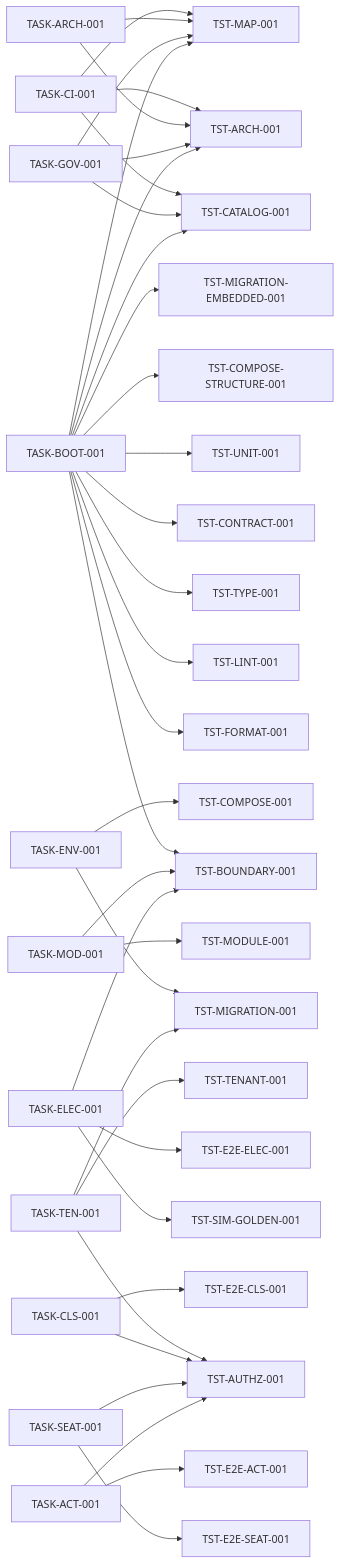
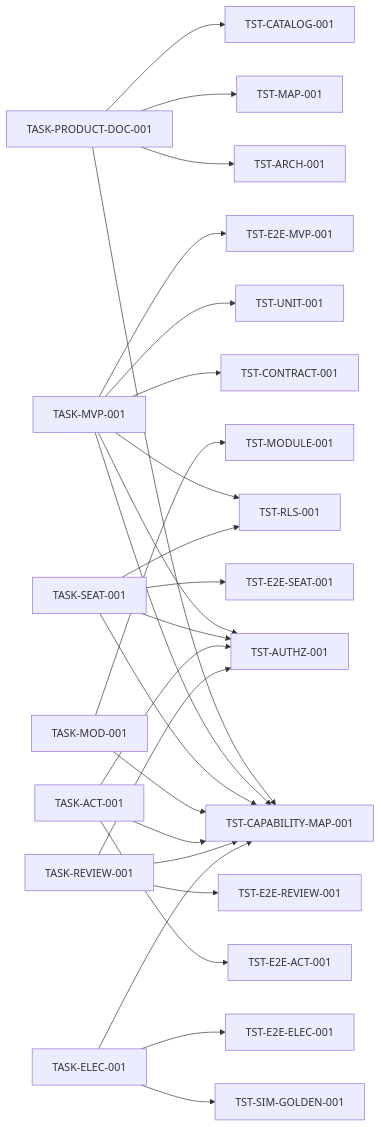
One commit to spikeal8-maker/asa-lab changed the third of 3 diagrams in docs/project-map/QUALITY_MAP.md. Above: the diagram before and after it, drawn with Mermaid. The commit also changed other lines of this file, not shown here.

Commit message:
docs(quality): align gates with capability-driven roadmap

````diff
--- a/docs/project-map/QUALITY_MAP.md
+++ b/docs/project-map/QUALITY_MAP.md
@@ -61,75 +66,58 @@
 ```mermaid
 flowchart LR
-    CI[TASK-CI-001]
-    ARCH[TASK-ARCH-001]
-    GOV[TASK-GOV-001]
-    BOOT[TASK-BOOT-001]
-    ENV[TASK-ENV-001]
-    TEN[TASK-TEN-001]
-    CLS[TASK-CLS-001]
+    DOC[TASK-PRODUCT-DOC-001]
+    MVP[TASK-MVP-001]
     SEAT[TASK-SEAT-001]
     MOD[TASK-MOD-001]
     ACT[TASK-ACT-001]
+    REVIEW[TASK-REVIEW-001]
     ELEC[TASK-ELEC-001]
 
-    A1[TST-ARCH-001]
-    M1[TST-MAP-001]
-    C1[TST-CATALOG-001]
-    F1[TST-FORMAT-001]
-    L1[TST-LINT-001]
-    TY1[TST-TYPE-001]
-    B1[TST-BOUNDARY-001]
-    CT1[TST-CONTRACT-001]
-    U1[TST-UNIT-001]
-    CS1[TST-COMPOSE-STRUCTURE-001]
-    ME1[TST-MIGRATION-EMBEDDED-001]
-    CO1[TST-COMPOSE-001]
-    DB1[TST-MIGRATION-001]
-    T1[TST-TENANT-001]
-    AZ1[TST-AUTHZ-001]
-    EC1[TST-E2E-CLS-001]
-    ES1[TST-E2E-SEAT-001]
-    MO1[TST-MODULE-001]
-    EA1[TST-E2E-ACT-001]
-    SG1[TST-SIM-GOLDEN-001]
-    EE1[TST-E2E-ELEC-001]
+    CAP[TST-CAPABILITY-MAP-001]
+    MAP[TST-MAP-001]
+    CAT[TST-CATALOG-001]
+    ARCH[TST-ARCH-001]
+    CONTRACT[TST-CONTRACT-001]
+    UNIT[TST-UNIT-001]
+    RLS[TST-RLS-001]
+    AUTHZ[TST-AUTHZ-001]
+    E2EMVP[TST-E2E-MVP-001]
+    E2ESEAT[TST-E2E-SEAT-001]
+    MODULE[TST-MODULE-001]
+    E2EACT[TST-E2E-ACT-001]
+    E2EREVIEW[TST-E2E-REVIEW-001]
+    GOLDEN[TST-SIM-GOLDEN-001]
+    E2EELEC[TST-E2E-ELEC-001]
 
-    CI --> A1
-    CI --> M1
-    CI --> C1
-    ARCH --> A1
-    ARCH --> M1
-    GOV --> A1
-    GOV --> M1
-    GOV --> C1
+    DOC --> ARCH
+    DOC --> MAP
+    DOC --> CAP
+    DOC --> CAT
 
-    BOOT --> A1
-    BOOT --> M1
-    BOOT --> C1
-    BOOT --> F1
-    BOOT --> L1
-    BOOT --> TY1
-    BOOT --> B1
-    BOOT --> CT1
-    BOOT --> U1
-    BOOT --> CS1
-    BOOT --> ME1
+    MVP --> CAP
+    MVP --> CONTRACT
+    MVP --> UNIT
+    MVP --> RLS
+    MVP --> AUTHZ
+    MVP --> E2EMVP
 
-    ENV --> CO1
-    ENV --> DB1
+    SEAT --> CAP
+    SEAT --> RLS
+    SEAT --> AUTHZ
+    SEAT --> E2ESEAT
 
-    TEN --> T1
-    TEN --> DB1
-    TEN --> AZ1
-    CLS --> AZ1
-    CLS --> EC1
-    SEAT --> AZ1
-    SEAT --> ES1
-    MOD --> B1
-    MOD --> MO1
-    ACT --> AZ1
-    ACT --> EA1
-    ELEC --> B1
-    ELEC --> SG1
-    ELEC --> EE1
+    MOD --> CAP
+    MOD --> MODULE
+
+    ACT --> CAP
+    ACT --> AUTHZ
+    ACT --> E2EACT
+
+    REVIEW --> CAP
+    REVIEW --> AUTHZ
+    REVIEW --> E2EREVIEW
+
+    ELEC --> CAP
+    ELEC --> GOLDEN
+    ELEC --> E2EELEC
 ```
````
